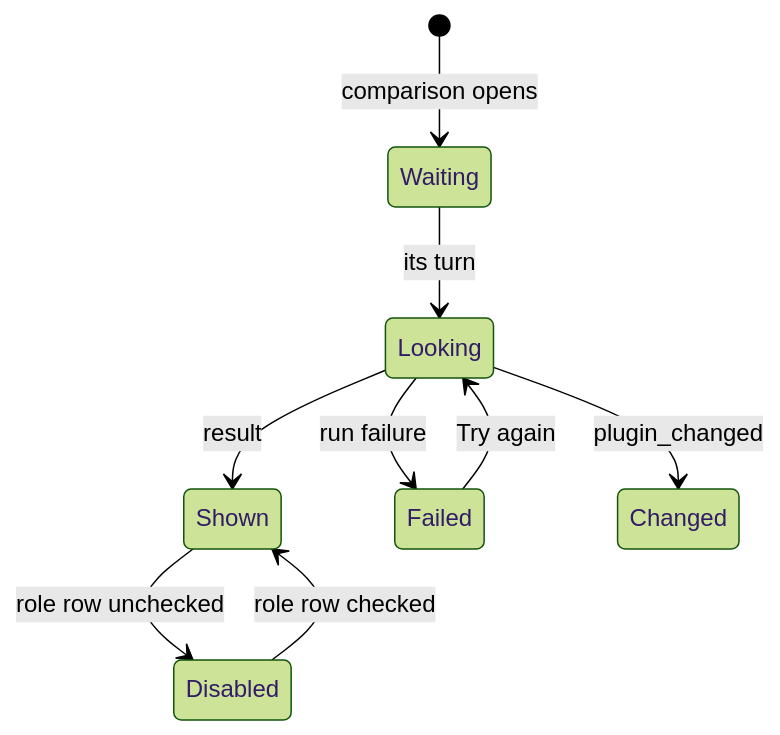
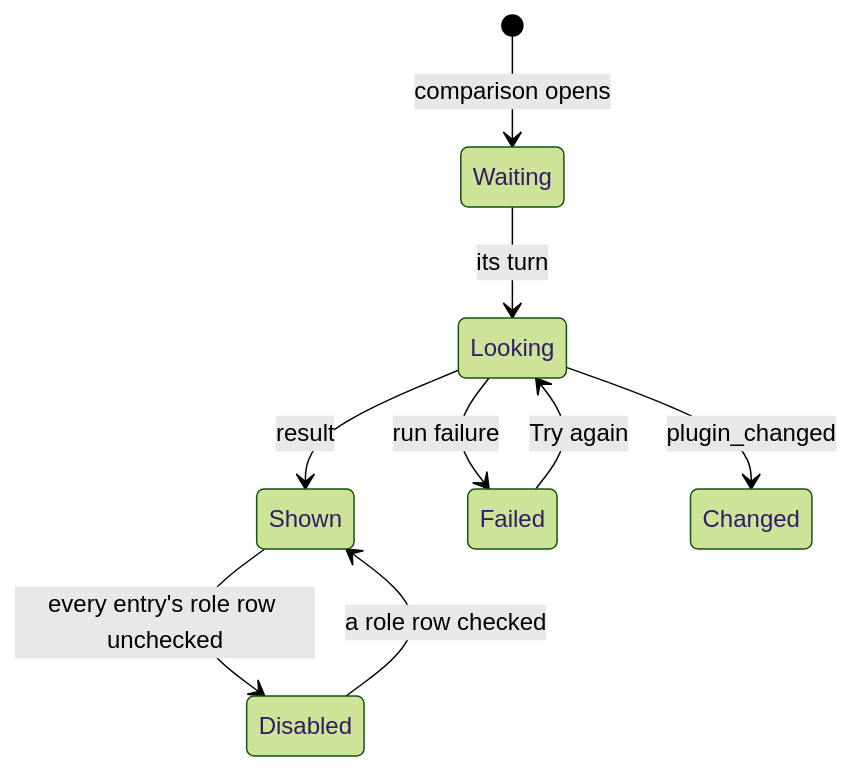
Before and after one commit to syudead/vv: the eighth of 8 diagrams in specs/062-mandb/ui-design.md, drawn with Mermaid (forest theme). The commit also changed other lines of this file, not shown here.

First line of the commit message:
design(062-mandb): enable a shared lookup through any of its roles, select one profile field per row, close on a fetch's person_not_found

````diff
--- a/specs/062-mandb/ui-design.md
+++ b/specs/062-mandb/ui-design.md
@@ -477,11 +488,11 @@
 ```mermaid
 stateDiagram-v2
   [*] --> Waiting: comparison opens
   Waiting --> Looking: its turn
   Looking --> Shown: result
   Looking --> Failed: run failure
   Looking --> Changed: plugin_changed
   Failed --> Looking: Try again
-  Shown --> Disabled: role row unchecked
-  Disabled --> Shown: role row checked
+  Shown --> Disabled: every entry's role row unchecked
+  Disabled --> Shown: a role row checked
 ```
````
